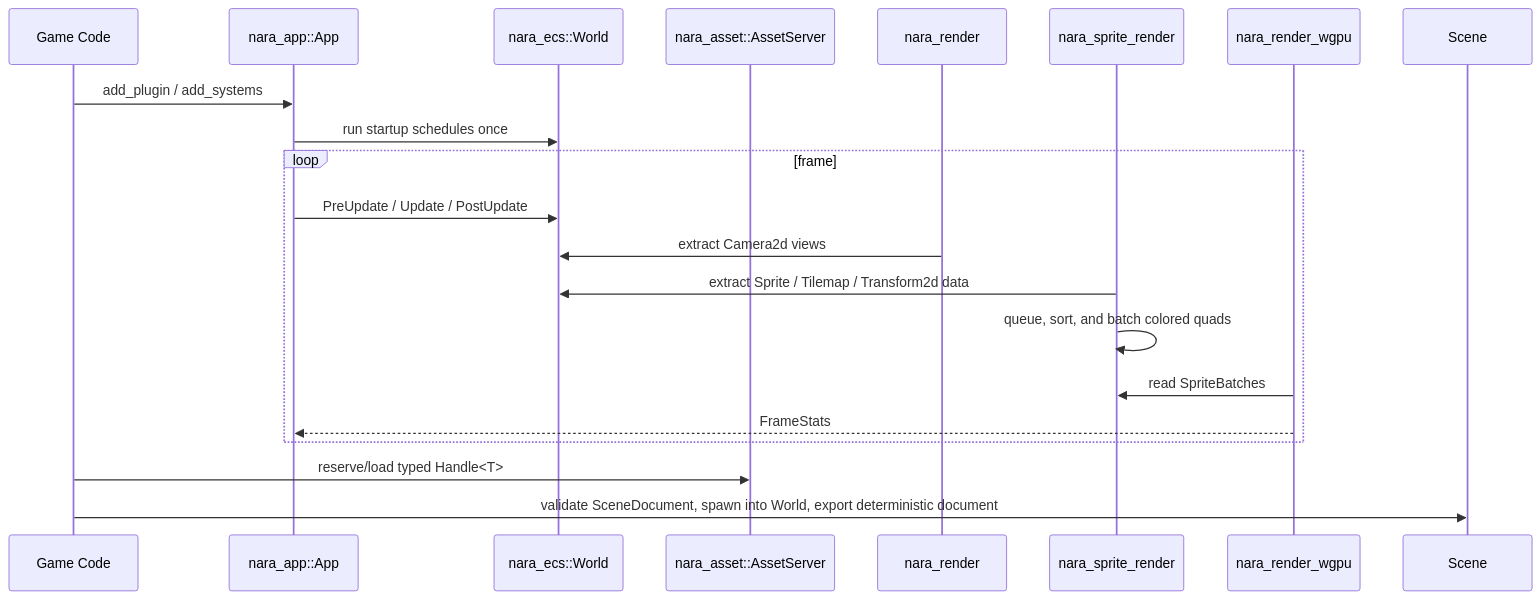
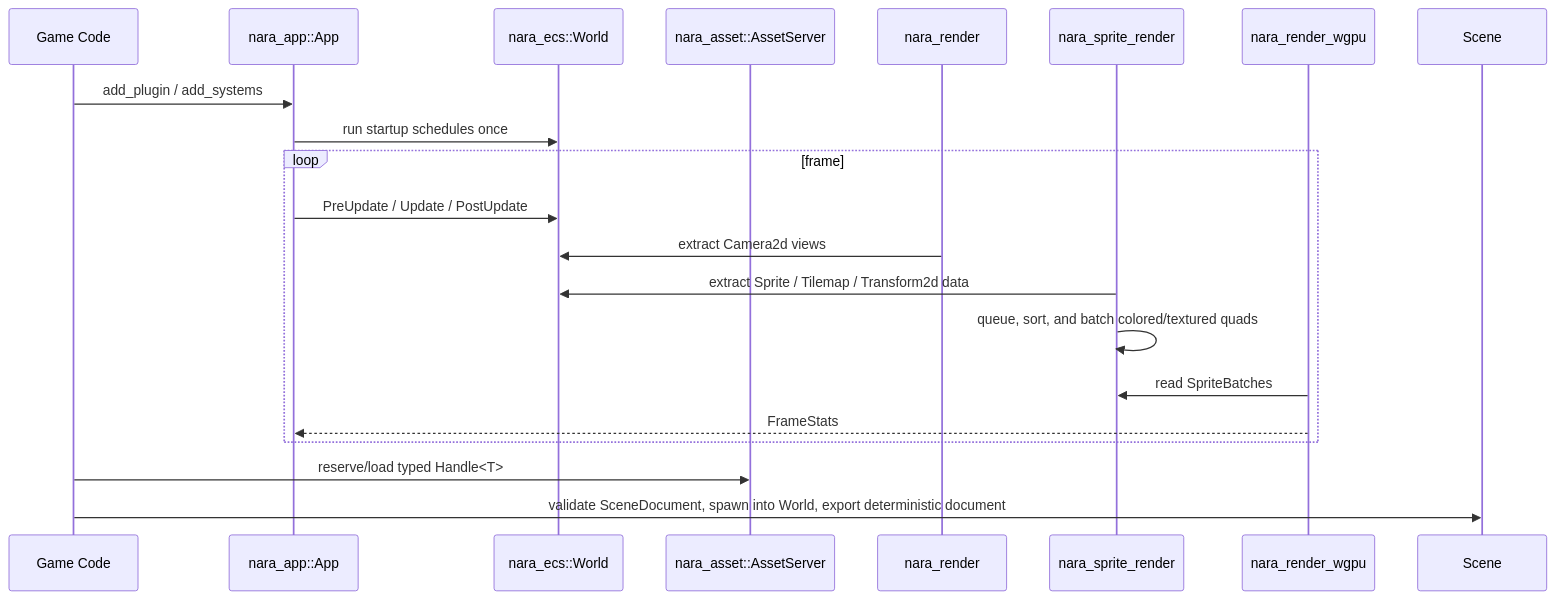
Before and after one commit to Latias94/nara: the second of 2 diagrams in docs/architecture/nara-foundation.md, drawn with Mermaid. The commit also changed other lines of this file and 17 other files, not shown here.

Commit message:
feat(sprite): queue image-backed textured batches

````diff
--- a/docs/architecture/nara-foundation.md
+++ b/docs/architecture/nara-foundation.md
@@ -90,23 +90,23 @@
 ```mermaid
 sequenceDiagram
     participant Game as Game Code
     participant App as nara_app::App
     participant ECS as nara_ecs::World
     participant Asset as nara_asset::AssetServer
     participant Render as nara_render
     participant SpriteRender as nara_sprite_render
     participant Wgpu as nara_render_wgpu
 
     Game->>App: add_plugin / add_systems
     App->>ECS: run startup schedules once
     loop frame
         App->>ECS: PreUpdate / Update / PostUpdate
         Render->>ECS: extract Camera2d views
         SpriteRender->>ECS: extract Sprite / Tilemap / Transform2d data
-        SpriteRender->>SpriteRender: queue, sort, and batch colored quads
+        SpriteRender->>SpriteRender: queue, sort, and batch colored/textured quads
         Wgpu->>SpriteRender: read SpriteBatches
         Wgpu-->>App: FrameStats
     end
     Game->>Asset: reserve/load typed Handle<T>
     Game->>Scene: validate SceneDocument, spawn into World, export deterministic document
 ```
````
